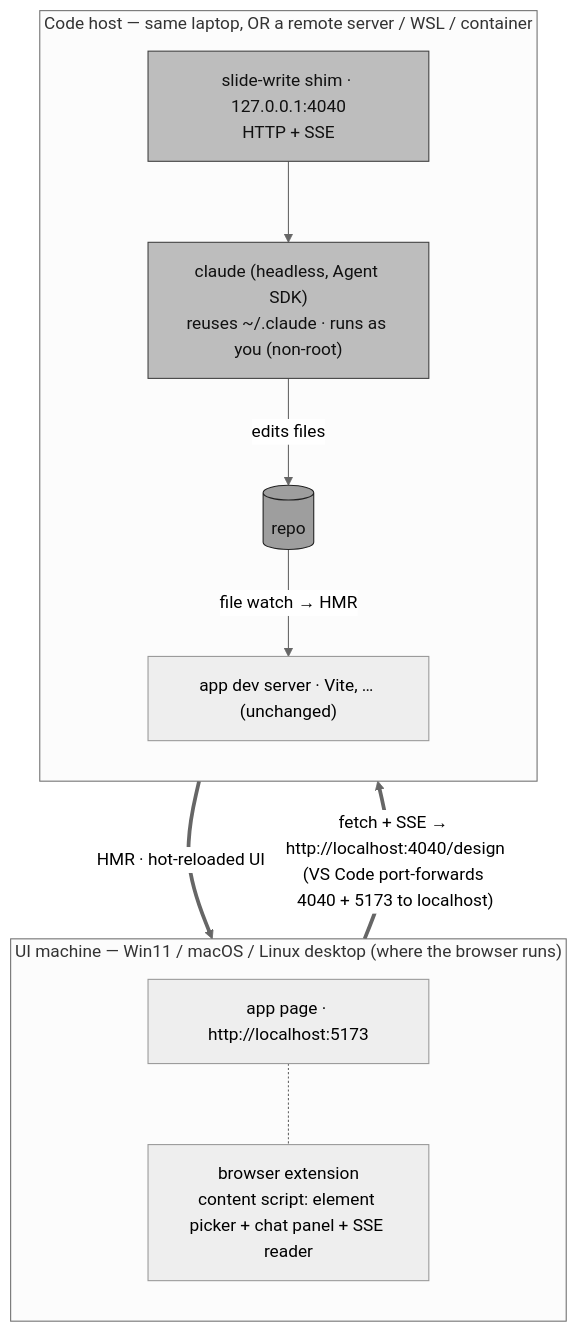
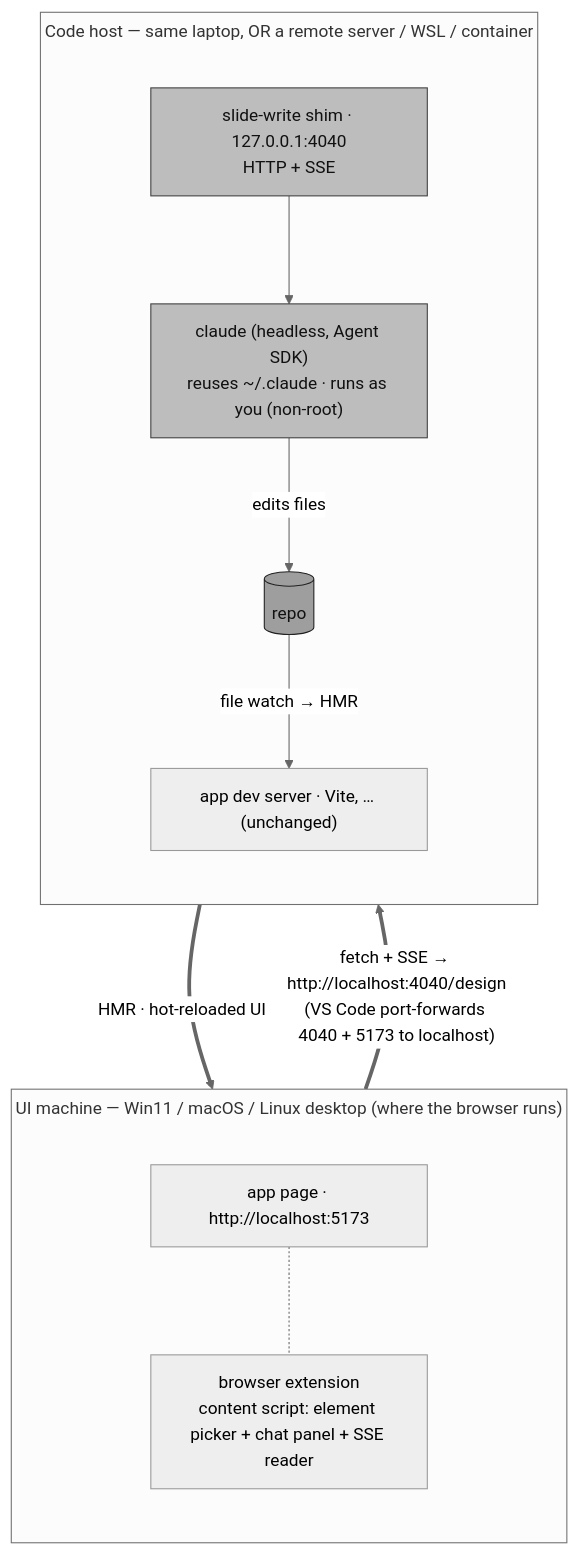
Before and after one commit to mikeg0/slide-write: the first of 2 diagrams in README.md, drawn with Mermaid. The commit also changed other lines of this file and 4 other files, not shown here.

````diff
--- a/README.md
+++ b/README.md
@@ -109,29 +109,29 @@
 ```mermaid
-%%{init: {'theme':'neutral'}}%%
+%%{init: {'theme':'neutral', 'flowchart': {'diagramPadding': 16, 'nodeSpacing': 55, 'rankSpacing': 75, 'padding': 14, 'subGraphTitleMargin': {'top': 6, 'bottom': 14}}}}%%
 flowchart TB
     subgraph UI["UI machine — Win11 / macOS / Linux desktop (where the browser runs)"]
         direction TB
         PAGE["app page · http://localhost:5173"]
         EXT["browser extension<br/>content script: element picker + chat panel + SSE reader"]
         PAGE -.- EXT
     end
 
     subgraph CODE["Code host — same laptop, OR a remote server / WSL / container"]
         direction TB
         SHIM["slide-write shim · 127.0.0.1:4040<br/>HTTP + SSE"]
         CLAUDE["claude (headless, Agent SDK)<br/>reuses ~/.claude · runs as you (non-root)"]
         DEV["app dev server · Vite, … (unchanged)"]
         REPO[("repo")]
         SHIM --> CLAUDE
         CLAUDE -- "edits files" --> REPO
         REPO -- "file watch → HMR" --> DEV
     end
 
     EXT == "fetch + SSE → http://localhost:4040/design<br/>(VS Code port-forwards 4040 + 5173 to localhost)" ==> SHIM
     DEV == "HMR · hot-reloaded UI" ==> PAGE
 
     classDef hot fill:#bdbdbd,stroke:#404040,color:#111111;
     classDef repo fill:#9e9e9e,stroke:#212121,color:#111111;
     class SHIM,CLAUDE hot;
     class REPO repo;
 ```
````
